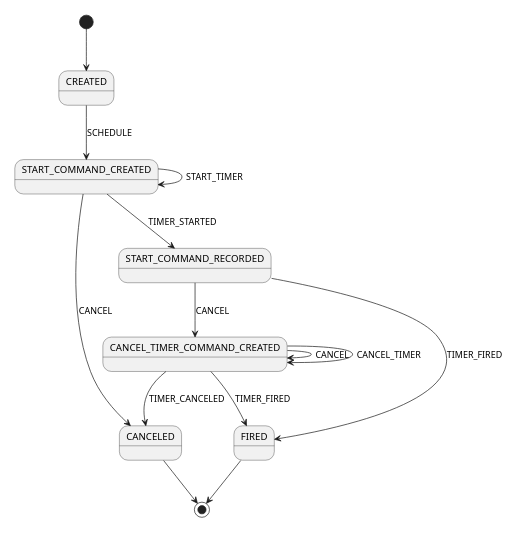
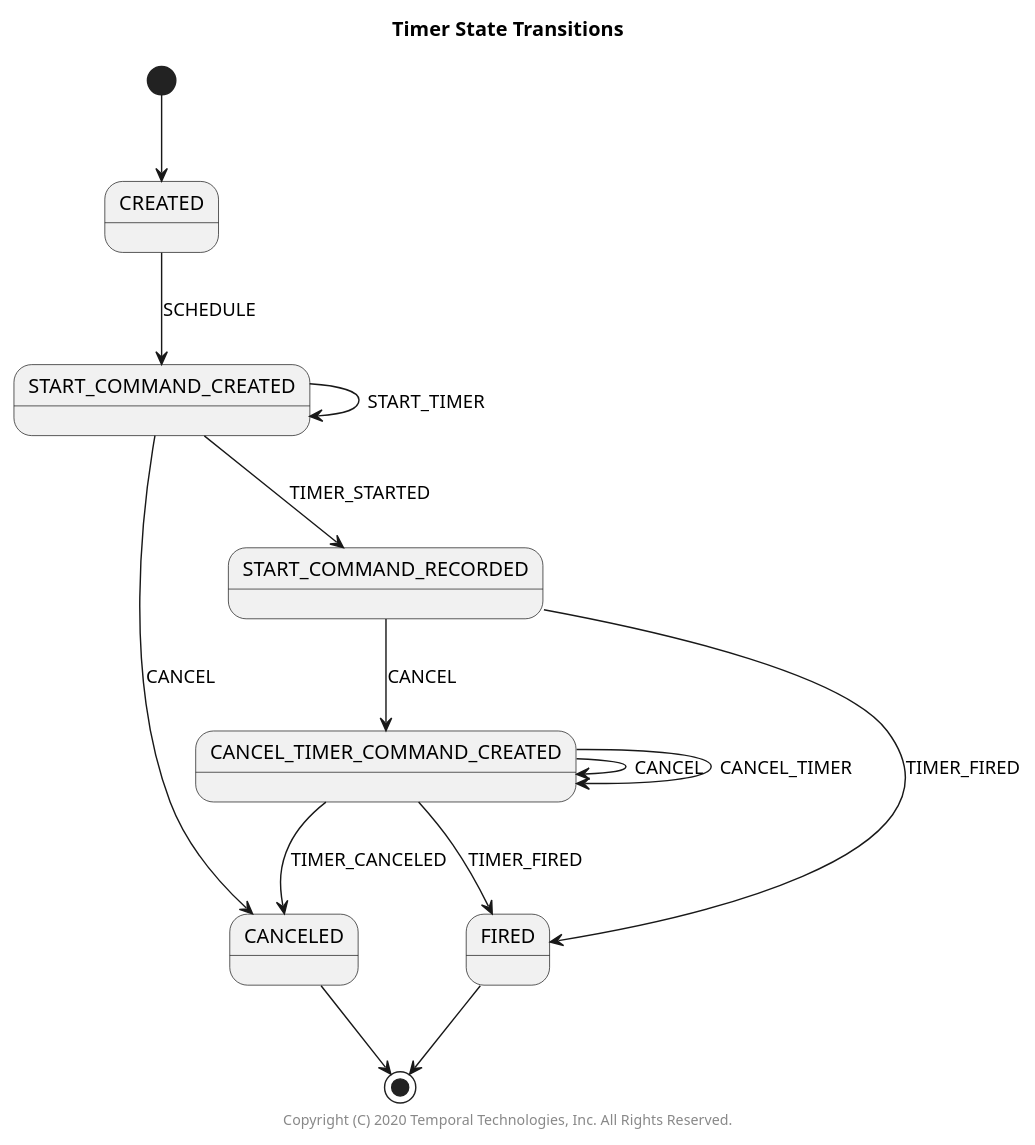
The diagram in src/main/java/io/temporal/internal/statemachines/TimerStateMachine.puml (temporalio/sdk-java), drawn with PlantUML before and after one commit. The commit also changed 17 other files, not shown here.

```diff
--- a/src/main/java/io/temporal/internal/statemachines/TimerStateMachine.puml
+++ b/src/main/java/io/temporal/internal/statemachines/TimerStateMachine.puml
@@ -23,16 +23,18 @@
 @startuml
-scale 350 width
+title Timer State Transitions
+
 [*] --> CREATED
 CANCEL_TIMER_COMMAND_CREATED --> CANCEL_TIMER_COMMAND_CREATED: CANCEL
 CANCEL_TIMER_COMMAND_CREATED --> CANCELED: TIMER_CANCELED
 CANCEL_TIMER_COMMAND_CREATED --> CANCEL_TIMER_COMMAND_CREATED: CANCEL_TIMER
 CANCEL_TIMER_COMMAND_CREATED --> FIRED: TIMER_FIRED
 CREATED --> START_COMMAND_CREATED: SCHEDULE
 START_COMMAND_CREATED --> START_COMMAND_CREATED: START_TIMER
 START_COMMAND_CREATED --> START_COMMAND_RECORDED: TIMER_STARTED
 START_COMMAND_CREATED --> CANCELED: CANCEL
 START_COMMAND_RECORDED --> FIRED: TIMER_FIRED
 START_COMMAND_RECORDED --> CANCEL_TIMER_COMMAND_CREATED: CANCEL
 FIRED --> [*]
 CANCELED --> [*]
+center footer Copyright (C) 2020 Temporal Technologies, Inc. All Rights Reserved.
 @enduml
```
